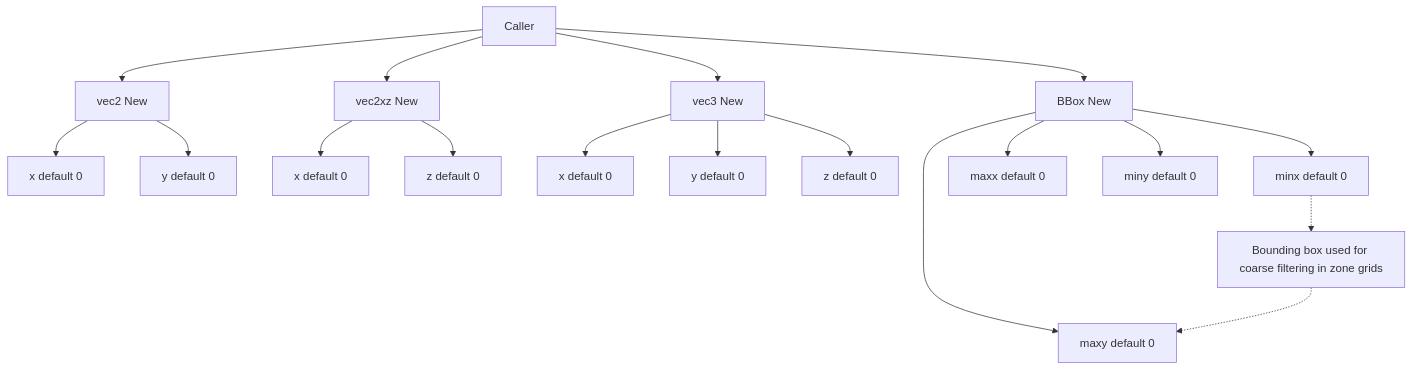
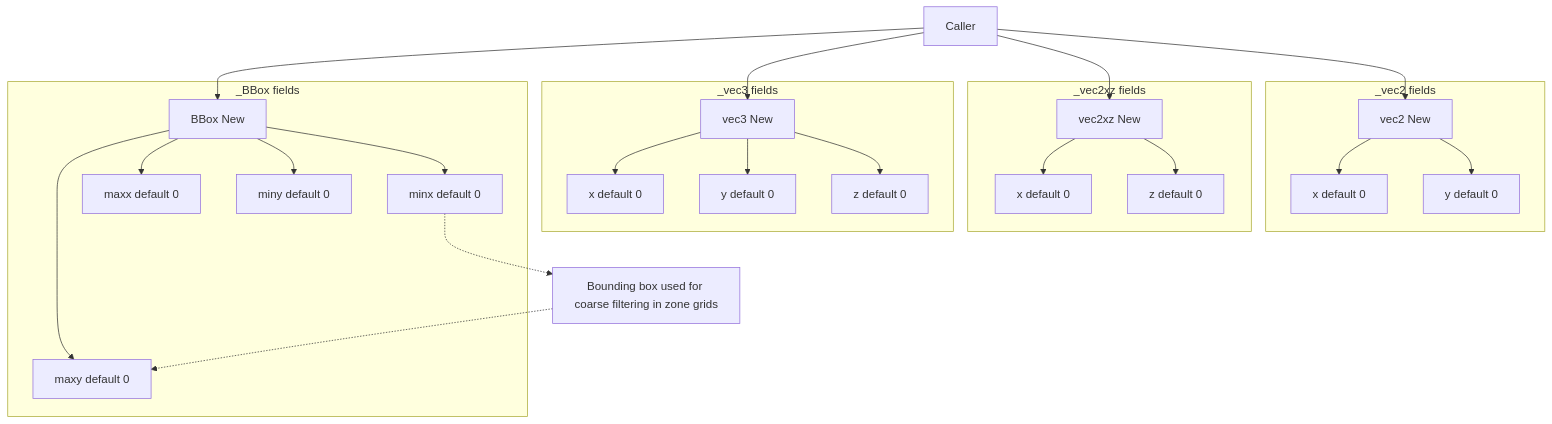
The first of 2 diagrams in docs/types/constructors_and_vectors.md (Gh0st352/AETHR), drawn with Mermaid before and after one commit. The commit also changed other lines of this file and 8 other files, not shown here.

First line of the commit message:
docs(types, mermaid): normalize headings, restructure Mermaid diagrams, and standardize classes

````diff
--- a/docs/types/constructors_and_vectors.md
+++ b/docs/types/constructors_and_vectors.md
@@ -19,26 +19,54 @@
 ```mermaid
+%% shared theme: docs/_mermaid/theme.json %%
 flowchart TD
-  CALLER[Caller] --> V2[vec2 New]
-  CALLER --> V2XZ[vec2xz New]
-  CALLER --> V3[vec3 New]
-  CALLER --> BB[BBox New]
+  CALLER[Caller]
 
-  V2 --> V2x[x default 0]
-  V2 --> V2y[y default 0]
+  subgraph VEC2 ["_vec2 fields"]
+    V2[vec2 New]
+    V2x[x default 0]
+    V2y[y default 0]
+    V2 --> V2x
+    V2 --> V2y
+  end
 
-  V2XZ --> V2xZ[x default 0]
-  V2XZ --> V2zZ[z default 0]
+  subgraph VEC2XZ ["_vec2xz fields"]
+    V2XZ[vec2xz New]
+    V2xZ[x default 0]
+    V2zZ[z default 0]
+    V2XZ --> V2xZ
+    V2XZ --> V2zZ
+  end
 
-  V3 --> V3x[x default 0]
-  V3 --> V3y[y default 0]
-  V3 --> V3z[z default 0]
+  subgraph VEC3 ["_vec3 fields"]
+    V3[vec3 New]
+    V3x[x default 0]
+    V3y[y default 0]
+    V3z[z default 0]
+    V3 --> V3x
+    V3 --> V3y
+    V3 --> V3z
+  end
 
-  BB --> BBminx[minx default 0]
-  BB --> BBmaxx[maxx default 0]
-  BB --> BBminy[miny default 0]
-  BB --> BBmaxy[maxy default 0]
+  subgraph BBOX ["_BBox fields"]
+    BB[BBox New]
+    BBminx[minx default 0]
+    BBmaxx[maxx default 0]
+    BBminy[miny default 0]
+    BBmaxy[maxy default 0]
+    BB --> BBminx
+    BB --> BBmaxx
+    BB --> BBminy
+    BB --> BBmaxy
+  end
+
+  CALLER --> V2
+  CALLER --> V2XZ
+  CALLER --> V3
+  CALLER --> BB
 
   NB[Bounding box used for coarse filtering in zone grids]
   BBminx -.-> NB
   NB -.-> BBmaxy
+
+  class V2,V2x,V2y,V2XZ,V2xZ,V2zZ,V3,V3x,V3y,V3z,BB,BBminx,BBmaxx,BBminy,BBmaxy,CALLER,NB,VEC2,VEC2XZ,VEC3,BBOX class_data;
 ```
````
